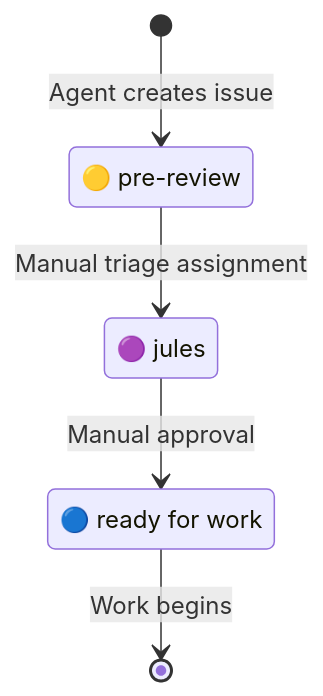
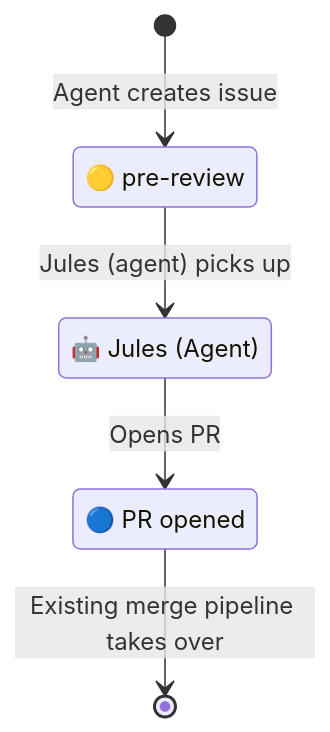
One commit to LokiMetaSmith/keystone-polyphony changed the fifth of 5 diagrams in docs/ci-cd.md. Above: the diagram before and after it, drawn with Mermaid. The commit also changed other lines of this file, not shown here.

Commit message:
docs: reflect interim pre-review to Jules-to-PR flow

````diff
--- a/docs/ci-cd.md
+++ b/docs/ci-cd.md
@@ -97,11 +97,11 @@
 ```mermaid
 stateDiagram-v2
     [*] --> pre_review : Agent creates issue
-    pre_review --> jules : Manual triage assignment
-    jules --> ready_for_work : Manual approval
-    ready_for_work --> [*] : Work begins
+    pre_review --> jules_agent : Jules (agent) picks up
+    jules_agent --> pr_opened : Opens PR
+    pr_opened --> [*] : Existing merge pipeline takes over
 
     pre_review : 🟡 pre-review
-    jules : 🟣 jules
-    ready_for_work : 🔵 ready for work
+    jules_agent : 🤖 Jules (Agent)
+    pr_opened : 🔵 PR opened
 ```
````
